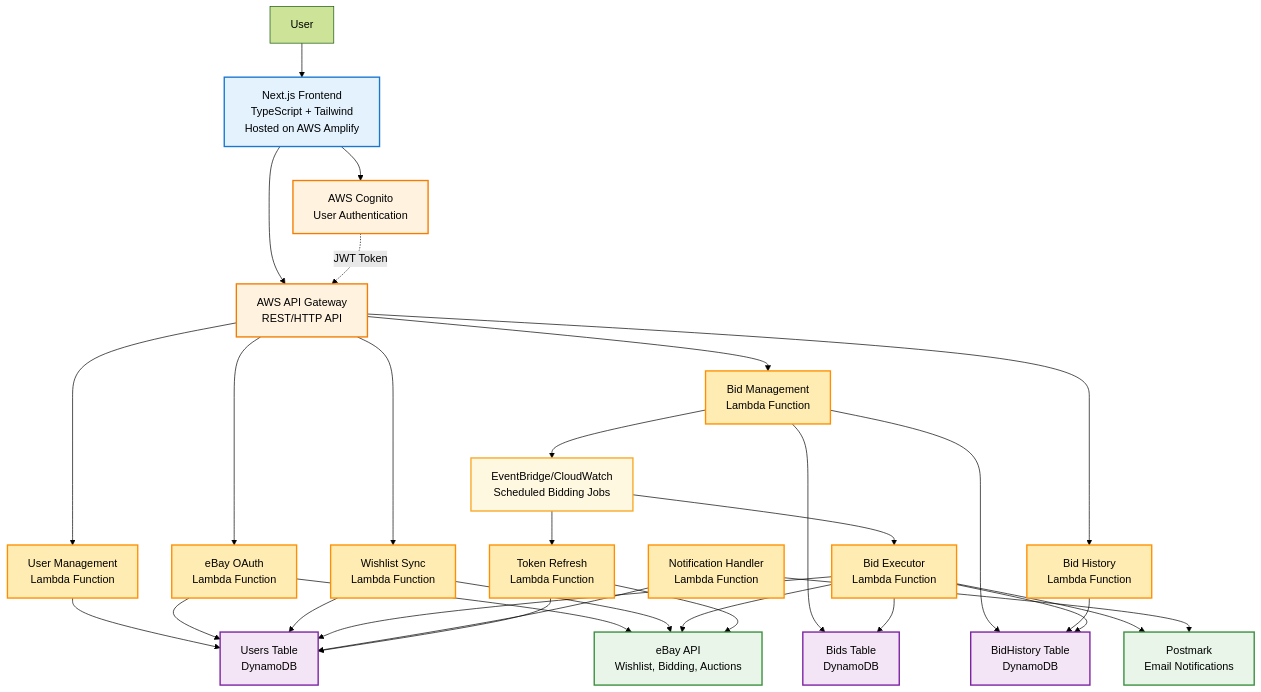
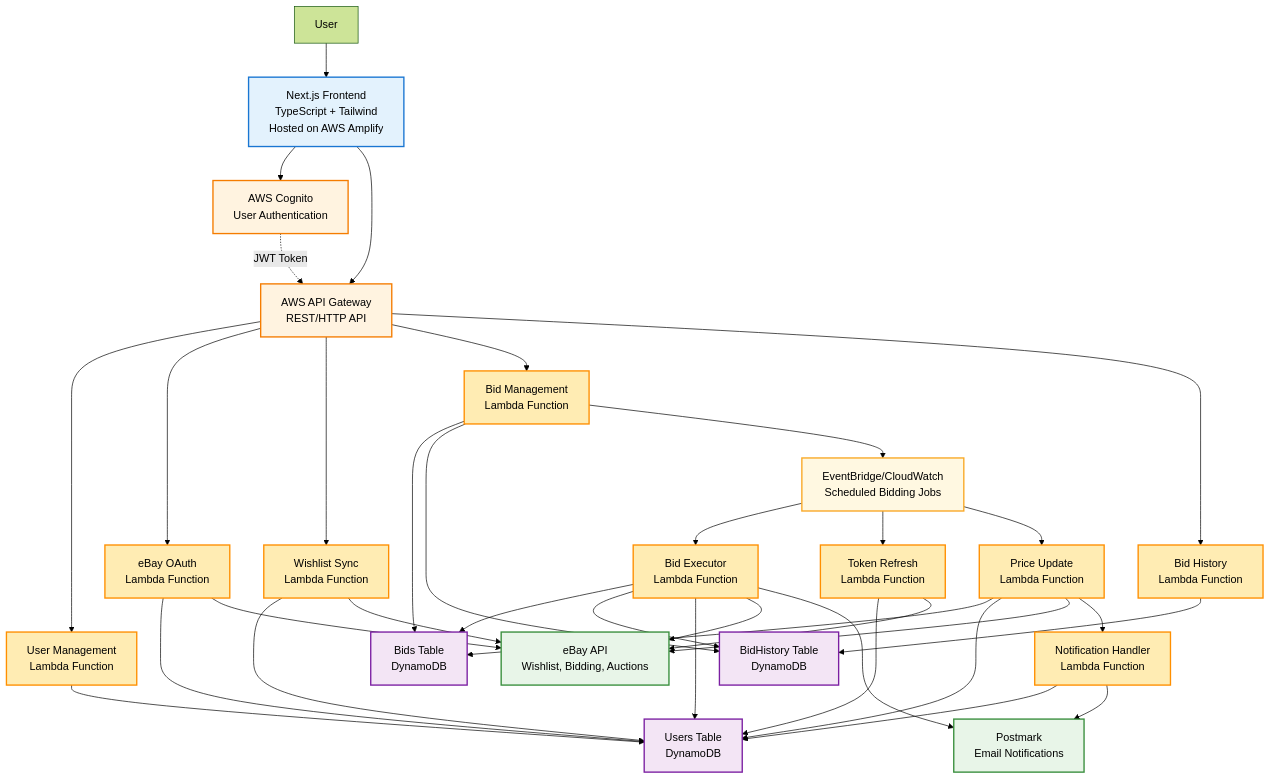
One commit to AdityaSidharta/ebay-sniper changed the diagram in docs/architecture.md. Above: the diagram before and after it, drawn with Mermaid (forest theme). The commit also changed other lines of this file and 8 other files, not shown here.

Commit message:
[Adi] :wastebasket: Remove redundant data flow

```diff
--- a/docs/architecture.md
+++ b/docs/architecture.md
@@ -23,6 +23,7 @@
     BidExecutorLambda[Bid Executor<br/>Lambda Function]
     NotificationLambda[Notification Handler<br/>Lambda Function]
     TokenRefreshLambda[Token Refresh<br/>Lambda Function]
+    PriceUpdateLambda[Price Update<br/>Lambda Function]
     
     %% Data Layer
     UsersTable[Users Table<br/>DynamoDB]
@@ -67,10 +68,15 @@
     NotificationLambda --> Postmark
     TokenRefreshLambda --> UsersTable
     TokenRefreshLambda --> eBayAPI
+    PriceUpdateLambda --> BidsTable
+    PriceUpdateLambda --> UsersTable
+    PriceUpdateLambda --> eBayAPI
+    PriceUpdateLambda --> NotificationLambda
     
     %% Scheduled bidding flow
     Scheduler --> BidExecutorLambda
     Scheduler --> TokenRefreshLambda
+    Scheduler --> PriceUpdateLambda
     
     %% Authentication flow
     Cognito -.->|JWT Token| APIGateway
@@ -86,7 +92,7 @@
     class Frontend frontend
     class Cognito,APIGateway aws
     class UserMgmtLambda,EbayOAuthLambda,WishlistSyncLambda,BidMgmtLambda,BidHistoryLambda lambda
-    class BidExecutorLambda,NotificationLambda,TokenRefreshLambda lambda
+    class BidExecutorLambda,NotificationLambda,TokenRefreshLambda,PriceUpdateLambda lambda
     class UsersTable,BidsTable,BidHistoryTable data
     class eBayAPI,Postmark external
     class Scheduler scheduler
```
